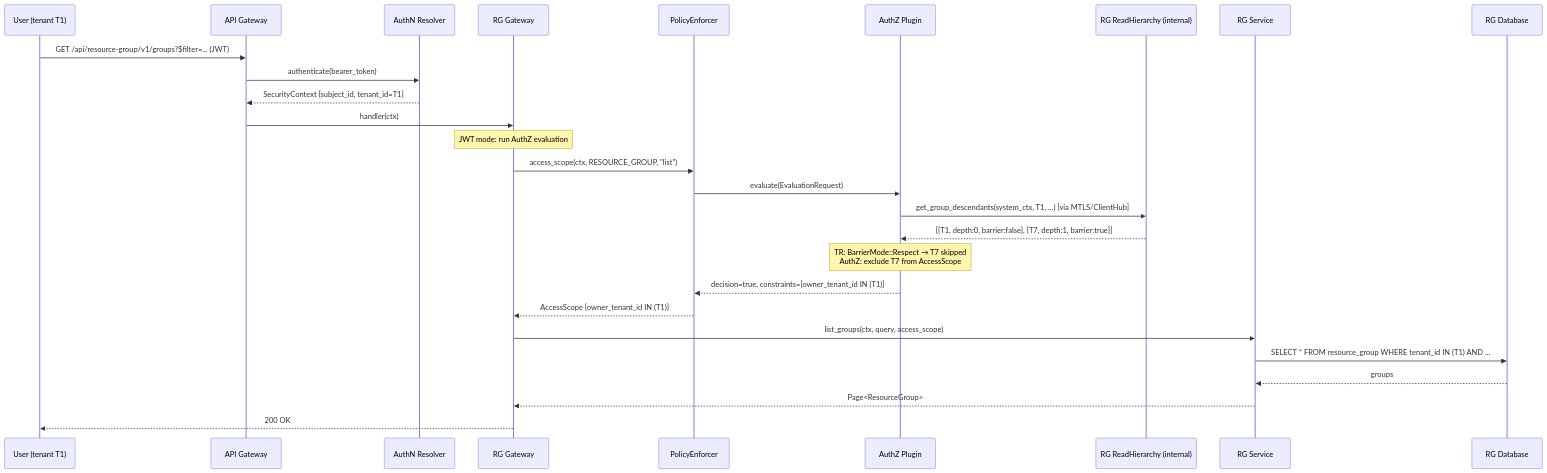
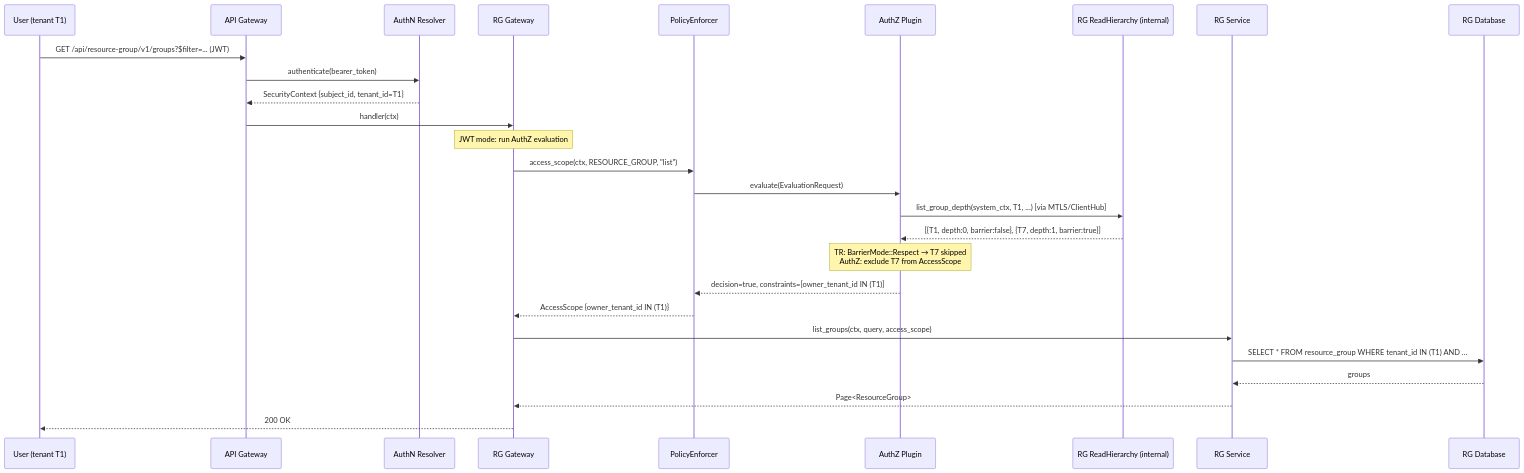
Before and after one commit to constructorfabric/gears-rust: the eighth of 8 diagrams in modules/system/resource-group/docs/DESIGN.md, drawn with Mermaid. The commit also changed other lines of this file and 36 other files, not shown here.

````diff
--- a/modules/system/resource-group/docs/DESIGN.md
+++ b/modules/system/resource-group/docs/DESIGN.md
@@ -979,33 +939,33 @@
 ```mermaid
 sequenceDiagram
     participant U as User (tenant T1)
     participant GW as API Gateway
     participant AN as AuthN Resolver
     participant RG_GW as RG Gateway
     participant PE as PolicyEnforcer
     participant AZ as AuthZ Plugin
     participant RG_HIER as RG ReadHierarchy (internal)
     participant RG_SVC as RG Service
     participant DB as RG Database
 
     U->>GW: GET /api/resource-group/v1/groups?$filter=... (JWT)
     GW->>AN: authenticate(bearer_token)
     AN-->>GW: SecurityContext {subject_id, tenant_id=T1}
     GW->>RG_GW: handler(ctx)
 
     Note over RG_GW: JWT mode: run AuthZ evaluation
 
     RG_GW->>PE: access_scope(ctx, RESOURCE_GROUP, "list")
     PE->>AZ: evaluate(EvaluationRequest)
-    AZ->>RG_HIER: get_group_descendants(system_ctx, T1, ...) [via MTLS/ClientHub]
+    AZ->>RG_HIER: list_group_depth(system_ctx, T1, ...) [via MTLS/ClientHub]
     RG_HIER-->>AZ: [{T1, depth:0, barrier:false}, {T7, depth:1, barrier:true}]
     Note over AZ: TR: BarrierMode::Respect → T7 skipped<br/>AuthZ: exclude T7 from AccessScope
     AZ-->>PE: decision=true, constraints=[owner_tenant_id IN (T1)]
     PE-->>RG_GW: AccessScope {owner_tenant_id IN (T1)}
 
     RG_GW->>RG_SVC: list_groups(ctx, query, access_scope)
     RG_SVC->>DB: SELECT * FROM resource_group WHERE tenant_id IN (T1) AND ...
     DB-->>RG_SVC: groups
     RG_SVC-->>RG_GW: Page<ResourceGroup>
     RG_GW-->>U: 200 OK
 ```
````
